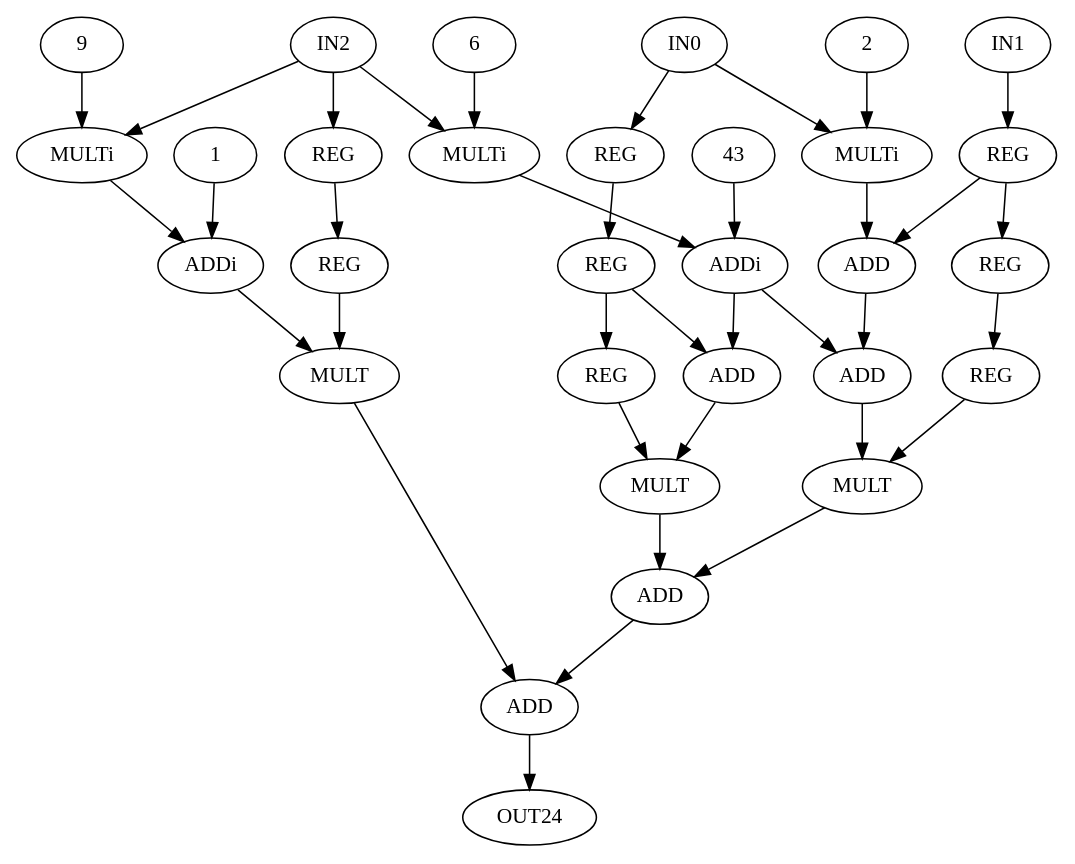
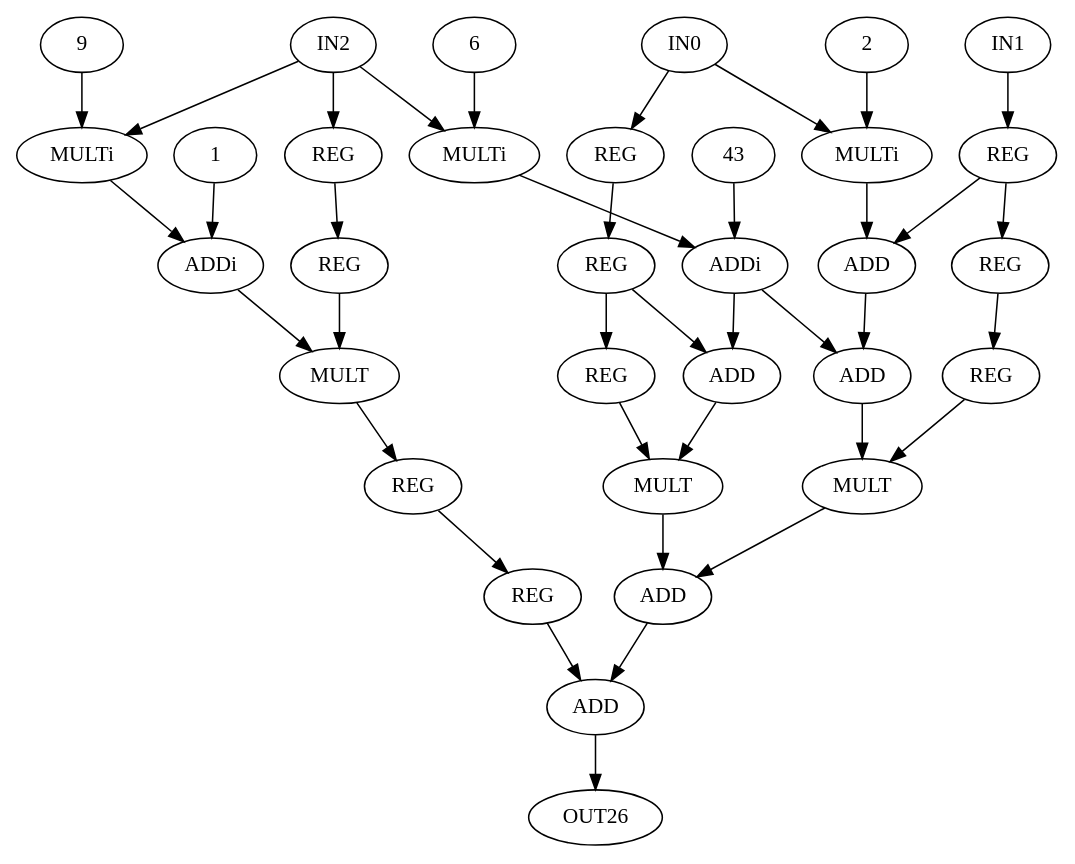
The diagram in fdam-samples/fdam-cgra-samples/cgra_128_radix8/sw/cpp/dot_dataflows/mibench.dot (lesc-ufv/fdam), drawn with Graphviz before and after one commit.

Commit message:
mibench.dot

```diff
--- a/fdam-samples/fdam-cgra-samples/cgra_128_radix8/sw/cpp/dot_dataflows/mibench.dot
+++ b/fdam-samples/fdam-cgra-samples/cgra_128_radix8/sw/cpp/dot_dataflows/mibench.dot
@@ -1,67 +1,71 @@
-digraph Mibench{
+digraph mibench{
  0 [ label = IN0 ]
  1 [ label = IN1 ]
  2 [ label = IN2 ]
  3 [ label = REG]
  4 [ label = REG]
  5 [ label = REG]
  6 [ label = REG]
  7 [ label = REG]
  8 [ label = REG]
  9 [ label = REG]
  10 [ label = REG]
- 11 [ label = MULTi, VALUE = 9]
- "11.9"[ label = 9 ]
- 12 [ label = MULTi, VALUE = 6]
- "12.6"[ label = 6 ]
- 13 [ label = MULTi, VALUE = 2]
- "13.2"[ label = 2 ]
- 14 [ label = ADDi, VALUE = 1]
- "14.1"[ label = 1 ]
- 15 [ label = ADDi, VALUE = 43]
- "15.43"[ label = 43 ]
- 16 [ label = ADD]
- 17 [ label = MULT]
+ 11 [ label = REG]
+ 12 [ label = REG]
+ 13 [ label = MULTi, VALUE = 9]
+ "13.9"[ label = 9 ]
+ 14 [ label = MULTi, VALUE = 6]
+ "14.6"[ label = 6 ]
+ 15 [ label = MULTi, VALUE = 2]
+ "15.2"[ label = 2 ]
+ 16 [ label = ADDi, VALUE = 1]
+ "16.1"[ label = 1 ]
+ 17 [ label = ADDi, VALUE = 43]
+ "17.43"[ label = 43 ]
  18 [ label = ADD]
- 19 [ label = ADD]
- 20 [ label = MULT]
- 21 [ label = MULT]
- 22 [ label = ADD]
- 23 [ label = ADD]
- 24 [ label = OUT24 ]
- 0 -> 13
+ 19 [ label = MULT]
+ 20 [ label = ADD]
+ 21 [ label = ADD]
+ 22 [ label = MULT]
+ 23 [ label = MULT]
+ 24 [ label = ADD]
+ 25 [ label = ADD]
+ 26 [ label = OUT26 ]
+ 0 -> 15
  0 -> 5
  1 -> 8
- 2 -> 11
- 2 -> 12
+ 2 -> 13
+ 2 -> 14
  2 -> 3
  3 -> 4
- 4 -> 17
+ 4 -> 19
  5 -> 6
  6 -> 7
- 6 -> 18
- 7 -> 20
+ 6 -> 20
+ 7 -> 22
  8 -> 9
- 8 -> 16
+ 8 -> 18
  9 -> 10
- 10 -> 21
- "11.9" -> 11
- 11 -> 14
- "12.6" -> 12
- 12 -> 15
- "13.2" -> 13
+ 10 -> 23
+ 11 -> 12
+ 12 -> 25
+ "13.9" -> 13
  13 -> 16
- "14.1" -> 14
+ "14.6" -> 14
  14 -> 17
- "15.43" -> 15
+ "15.2" -> 15
  15 -> 18
- 15 -> 19
+ "16.1" -> 16
  16 -> 19
- 17 -> 23
- 18 -> 20
- 19 -> 21
+ "17.43" -> 17
+ 17 -> 20
+ 17 -> 21
+ 18 -> 21
+ 19 -> 11
  20 -> 22
- 21 -> 22
- 22 -> 23
+ 21 -> 23
+ 22 -> 24
  23 -> 24
+ 24 -> 25
+ 25 -> 26
 }
```
